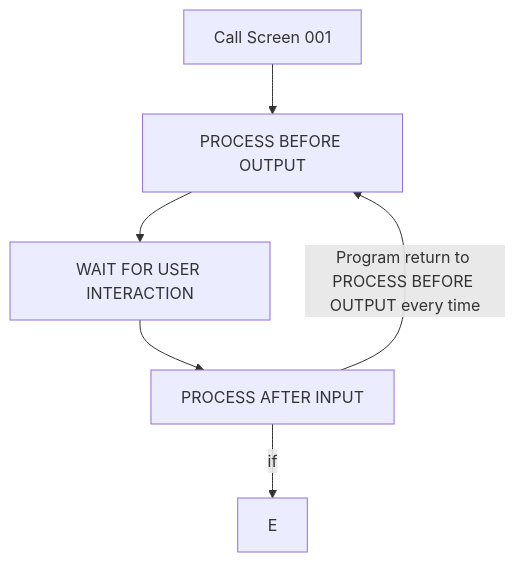
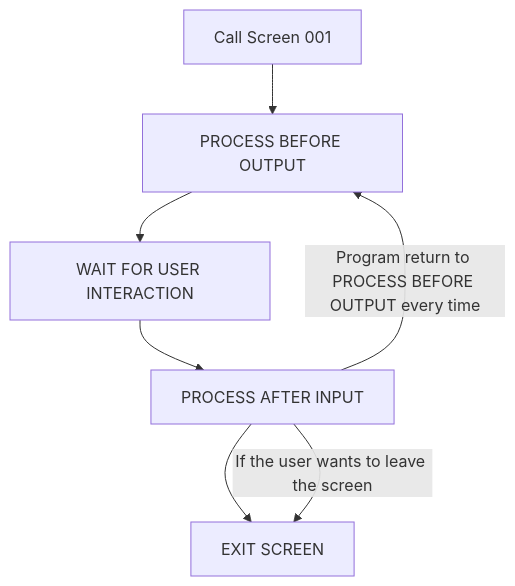
One commit to Fabeure/ABAP-Initiation changed the diagram in Exercice4.md. Above: the diagram before and after it, drawn with Mermaid.

````diff
--- a/Exercice4.md
+++ b/Exercice4.md
@@ -37,9 +37,10 @@
     ``` mermaid
       graph TD;
             A[Call Screen 001]-->B[PROCESS BEFORE OUTPUT];
             B[PROCESS BEFORE OUTPUT]-->C[WAIT FOR USER INTERACTION];
             C[WAIT FOR USER INTERACTION]-->D[PROCESS AFTER INPUT];
-            D-- if -->E;
+            D-->E[EXIT SCREEN];
+            D -- If the user wants to leave the screen -->E;
             D -- Program return to PROCESS BEFORE OUTPUT every time -->B;
             
     ```
````
